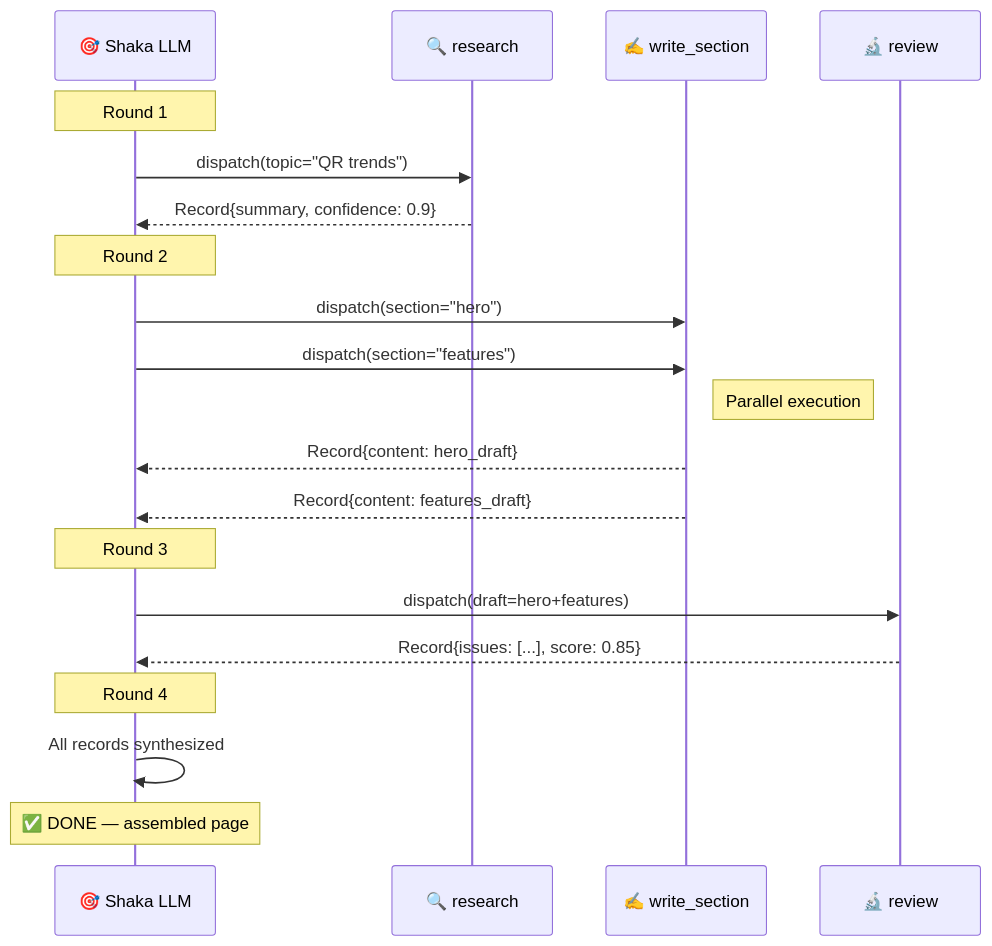
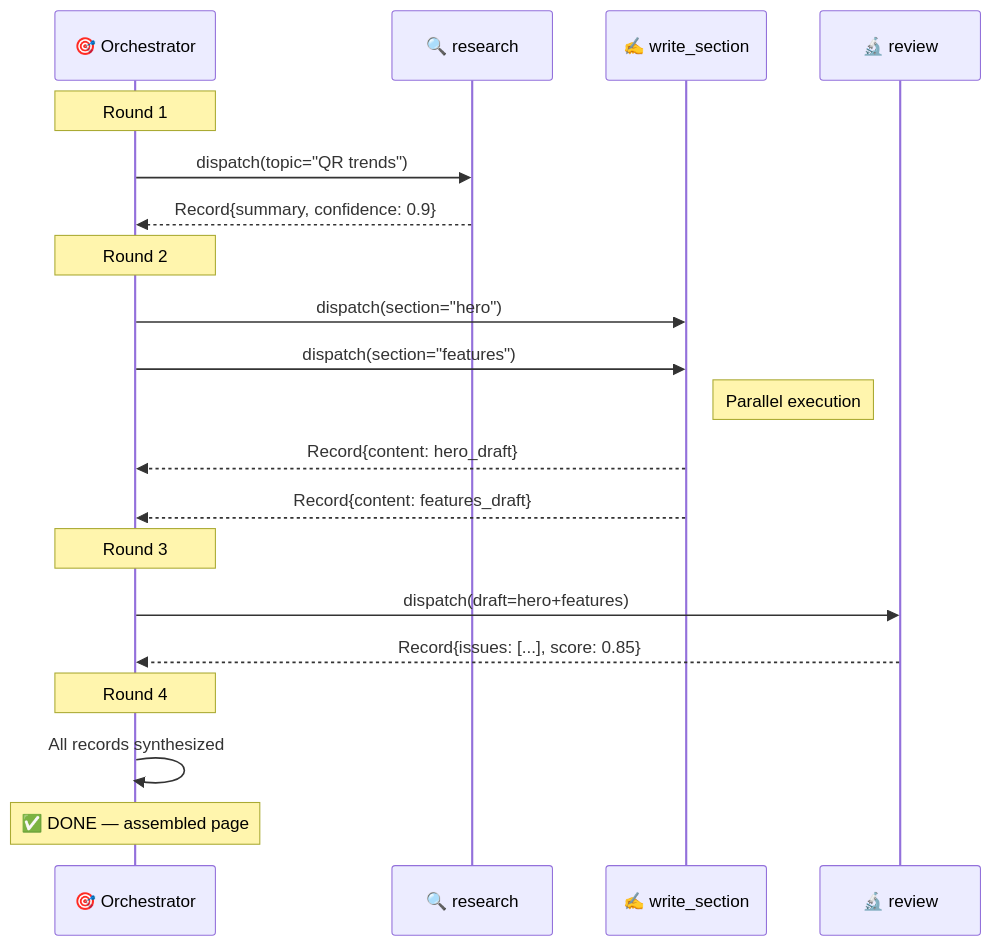
One commit to supernovae-st/nika changed the fifth of 8 diagrams in docs/vision/05-evolution-roadmap.md. Above: the diagram before and after it, drawn with Mermaid. The commit also changed other lines of this file and 72 other files, not shown here.

````diff
--- a/docs/vision/05-evolution-roadmap.md
+++ b/docs/vision/05-evolution-roadmap.md
@@ -328,26 +328,26 @@
 ```mermaid
 sequenceDiagram
-    participant S as 🎯 Shaka LLM
+    participant S as 🎯 Orchestrator
     participant R as 🔍 research
     participant W as ✍️ write_section
     participant V as 🔬 review
 
     Note over S: Round 1
     S->>R: dispatch(topic="QR trends")
     R-->>S: Record{summary, confidence: 0.9}
 
     Note over S: Round 2
     S->>W: dispatch(section="hero")
     S->>W: dispatch(section="features")
     Note right of W: Parallel execution
     W-->>S: Record{content: hero_draft}
     W-->>S: Record{content: features_draft}
 
     Note over S: Round 3
     S->>V: dispatch(draft=hero+features)
     V-->>S: Record{issues: [...], score: 0.85}
 
     Note over S: Round 4
     S->>S: All records synthesized
     Note over S: ✅ DONE — assembled page
 ```
````
